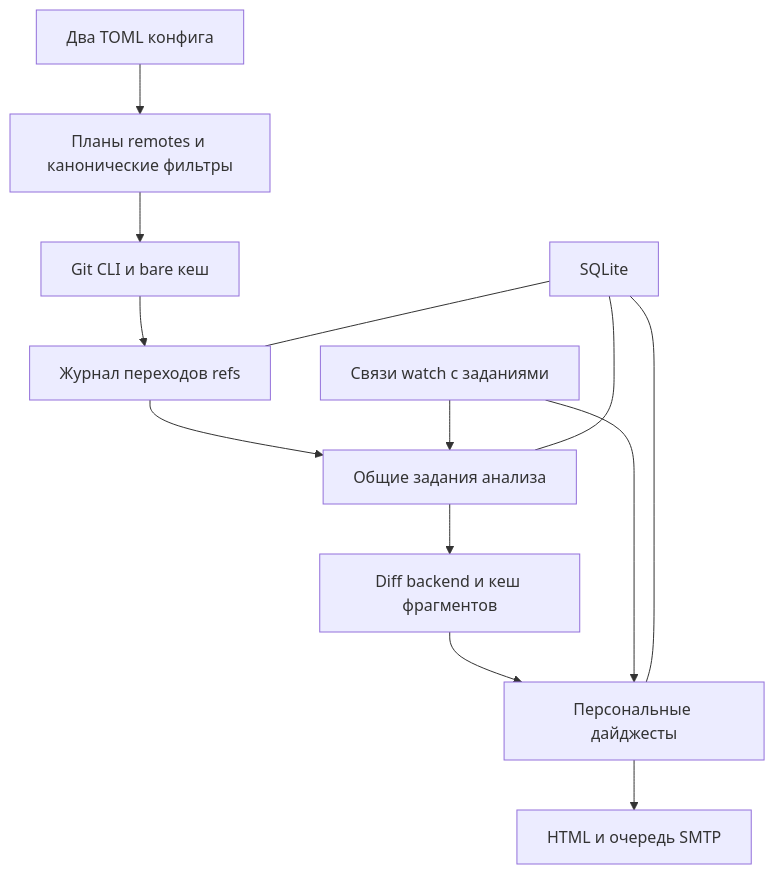
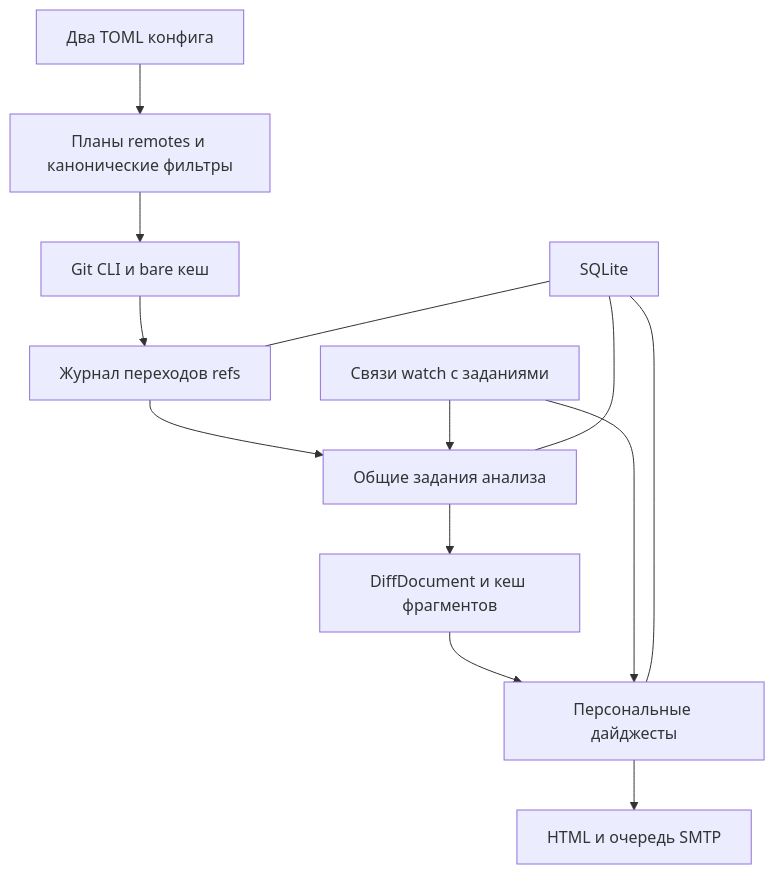
Before and after one commit to Mephistophiles/git-monitor: the first of 2 diagrams in ARCHITECTURE.md, drawn with Mermaid. The commit also changed other lines of this file, not shown here.

Commit message:
Revise architecture for native diff engines and resilient lifecycle

````diff
--- a/ARCHITECTURE.md
+++ b/ARCHITECTURE.md
@@ -160,15 +177,15 @@
 ```mermaid
 flowchart TD
     C["Два TOML конфига"] --> P["Планы remotes и канонические фильтры"]
     P --> G["Git CLI и bare кеш"]
     G --> E["Журнал переходов refs"]
     E --> A["Общие задания анализа"]
-    A --> F["Diff backend и кеш фрагментов"]
+    A --> F["DiffDocument и кеш фрагментов"]
     F --> D["Персональные дайджесты"]
     D --> O["HTML и очередь SMTP"]
     W["Связи watch с заданиями"] --> A
     W --> D
     S["SQLite"] --- E
     S --- A
     S --- D
 ```
````
